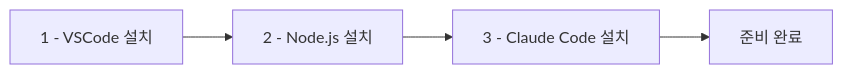
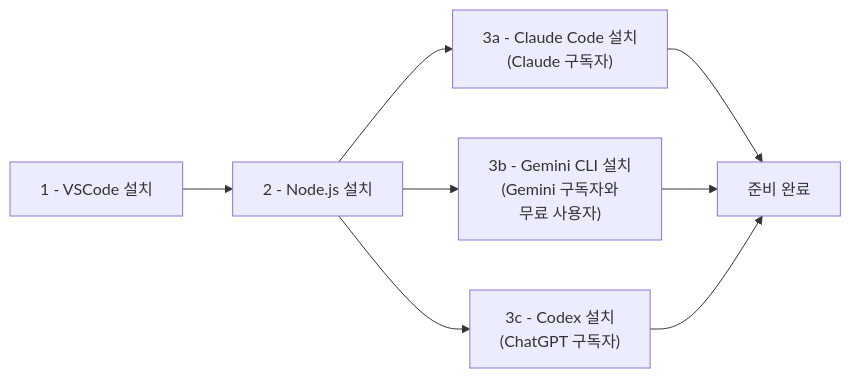
The first of 3 diagrams in _md/essentials-vibecoding/chapter02/02-3.md (nugurejeil/weniVooks), drawn with Mermaid before and after one commit. The commit also changed other lines of this file and 1 other file, not shown here.

Commit message:
바이브 코딩 2-3 수정

````diff
--- a/_md/essentials-vibecoding/chapter02/02-3.md
+++ b/_md/essentials-vibecoding/chapter02/02-3.md
@@ -19,6 +21,10 @@
 ```mermaid
 flowchart LR
     A["1 - VSCode 설치"] --> B["2 - Node.js 설치"]
-    B --> C["3 - Claude Code 설치"]
-    C --> D["준비 완료"]
+    B --> C1["3a - Claude Code 설치<br>(Claude 구독자)"]
+    B --> C2["3b - Gemini CLI 설치<br>(Gemini 구독자와<br/>무료 사용자)"]
+    B --> C3["3c - Codex 설치<br>(ChatGPT 구독자)"]
+    C1 --> D["준비 완료"]
+    C2 --> D
+    C3 --> D
 ```
````
